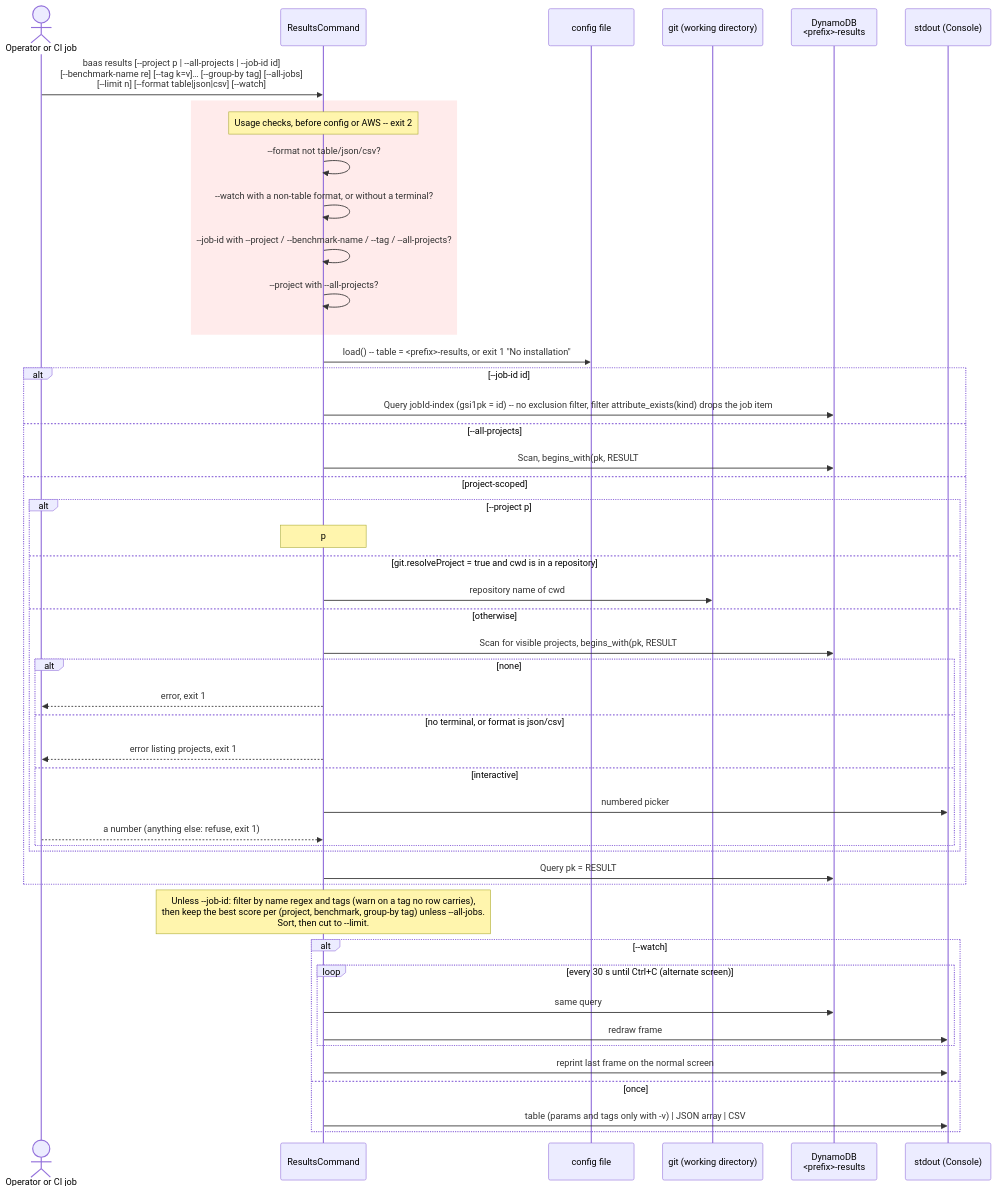
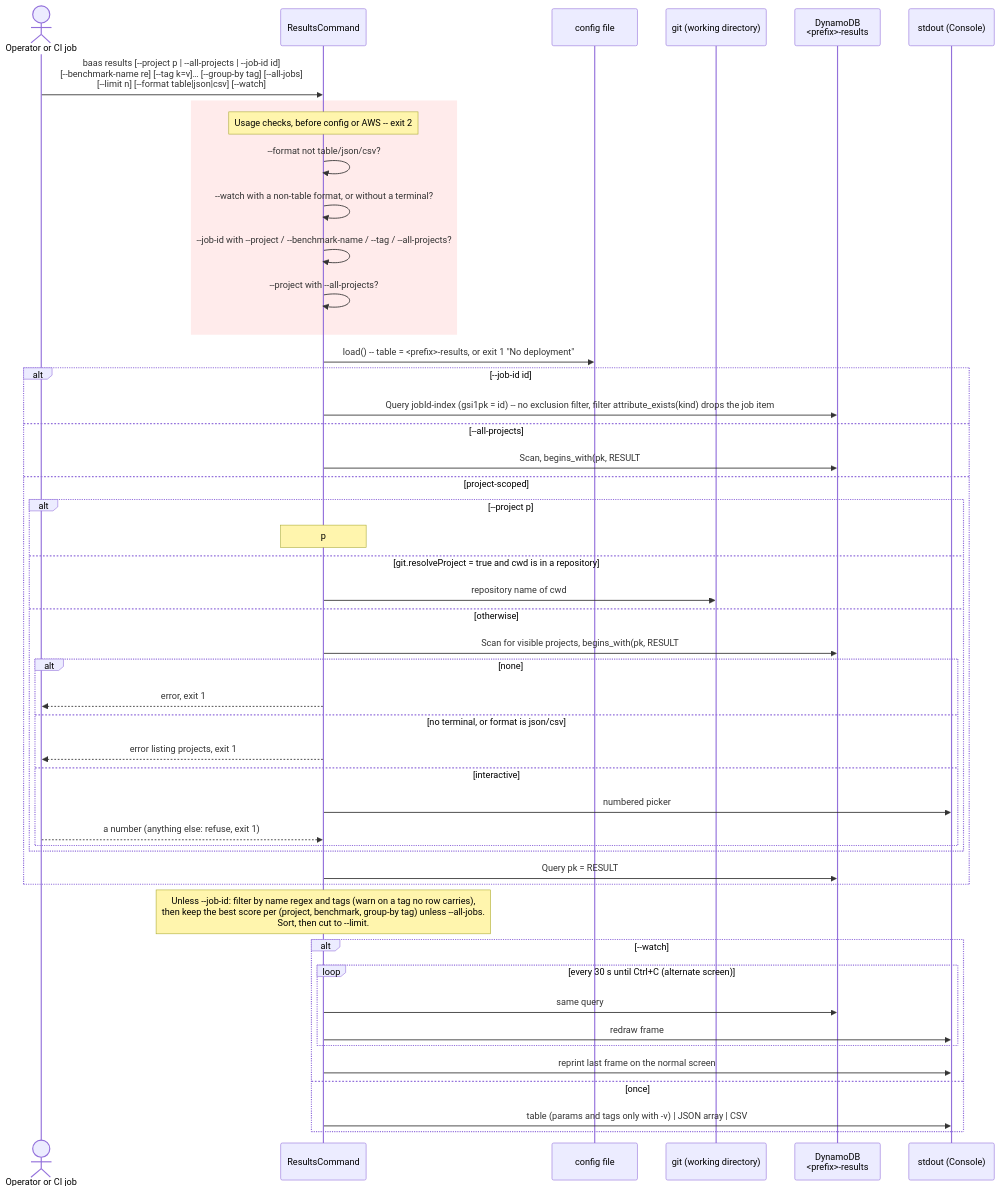
Before and after one commit to wsztajerowski/benchmark-as-a-service: the diagram in docs/diagrams/baas-results.mmd, drawn with Mermaid. The commit also changed 58 other files, not shown here.

First line of the commit message:
refactor(cli): call a BaaS installation a deployment

```diff
--- a/docs/diagrams/baas-results.mmd
+++ b/docs/diagrams/baas-results.mmd
@@ -1,53 +1,53 @@
 sequenceDiagram
     actor User as Operator or CI job
     participant RC as ResultsCommand
     participant CFG as config file
     participant Git as git (working directory)
     participant DDB as DynamoDB<br/><prefix>-results
     participant Out as stdout (Console)
 
     User->>RC: baas results [--project p | --all-projects | --job-id id]<br/>[--benchmark-name re] [--tag k=v]… [--group-by tag] [--all-jobs]<br/>[--limit n] [--format table|json|csv] [--watch]
 
     rect rgb(255, 235, 235)
         Note over RC: Usage checks, before config or AWS -- exit 2
         RC->>RC: --format not table/json/csv?
         RC->>RC: --watch with a non-table format, or without a terminal?
         RC->>RC: --job-id with --project / --benchmark-name / --tag / --all-projects?
         RC->>RC: --project with --all-projects?
     end
 
-    RC->>CFG: load() -- table = <prefix>-results, or exit 1 "No installation"
+    RC->>CFG: load() -- table = <prefix>-results, or exit 1 "No deployment"
 
     alt --job-id id
         RC->>DDB: Query jobId-index (gsi1pk = id) -- no exclusion filter, filter attribute_exists(kind) drops the job item
     else --all-projects
         RC->>DDB: Scan, begins_with(pk, RESULT#) (exclude_from_results filtered unless --all-jobs)
     else project-scoped
         alt --project p
             Note over RC: p
         else git.resolveProject = true and cwd is in a repository
             RC->>Git: repository name of cwd
         else otherwise
             RC->>DDB: Scan for visible projects, begins_with(pk, RESULT#) -- job items never offer a project
             alt none
                 RC-->>User: error, exit 1
             else no terminal, or format is json/csv
                 RC-->>User: error listing projects, exit 1
             else interactive
                 RC->>Out: numbered picker
                 User-->>RC: a number (anything else: refuse, exit 1)
             end
         end
         RC->>DDB: Query pk = RESULT#<project>
     end
 
     Note over RC: Unless --job-id: filter by name regex and tags (warn on a tag no row carries),<br/>then keep the best score per (project, benchmark, group-by tag) unless --all-jobs.<br/>Sort, then cut to --limit.
     alt --watch
         loop every 30 s until Ctrl+C (alternate screen)
             RC->>DDB: same query
             RC->>Out: redraw frame
         end
         RC->>Out: reprint last frame on the normal screen
     else once
         RC->>Out: table (params and tags only with -v) | JSON array | CSV
     end
```
